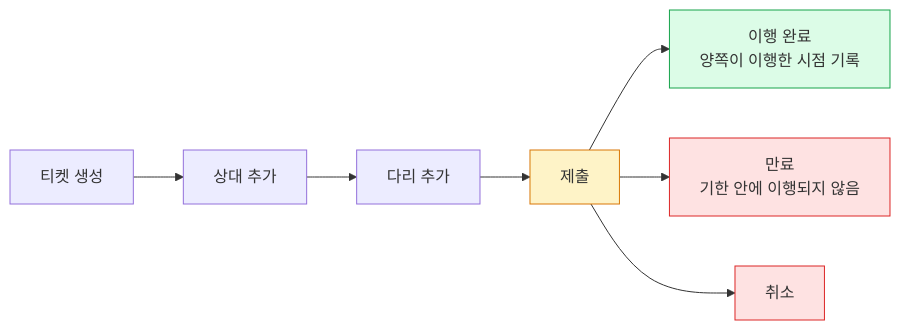
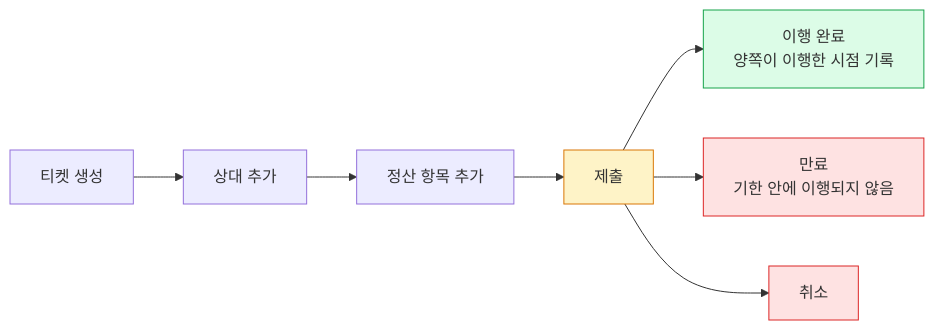
One commit to eunsujeo/eunpus changed the diagram in blockchain-manager/docs/BC/기능검토/01-fireblocks-network.md. Above: the diagram before and after it, drawn with Mermaid. The commit also changed other lines of this file, not shown here.

````diff
--- a/blockchain-manager/docs/BC/기능검토/01-fireblocks-network.md
+++ b/blockchain-manager/docs/BC/기능검토/01-fireblocks-network.md
@@ -95,17 +100,17 @@
 ```mermaid
 flowchart LR
     A["티켓 생성"] --> B["상대 추가"]
-    B --> C["다리 추가"]
+    B --> C["정산 항목 추가"]
     C --> D["제출"]
     D --> E["이행 완료<br/>양쪽이 이행한 시점 기록"]
     D --> F["만료<br/>기한 안에 이행되지 않음"]
     D --> G["취소"]
 
     classDef good fill:#dcfce7,stroke:#16a34a
     classDef bad fill:#fee2e2,stroke:#dc2626
     classDef wait fill:#fef3c7,stroke:#d97706
 
     class E good
     class F,G bad
     class D wait
 ```
````
